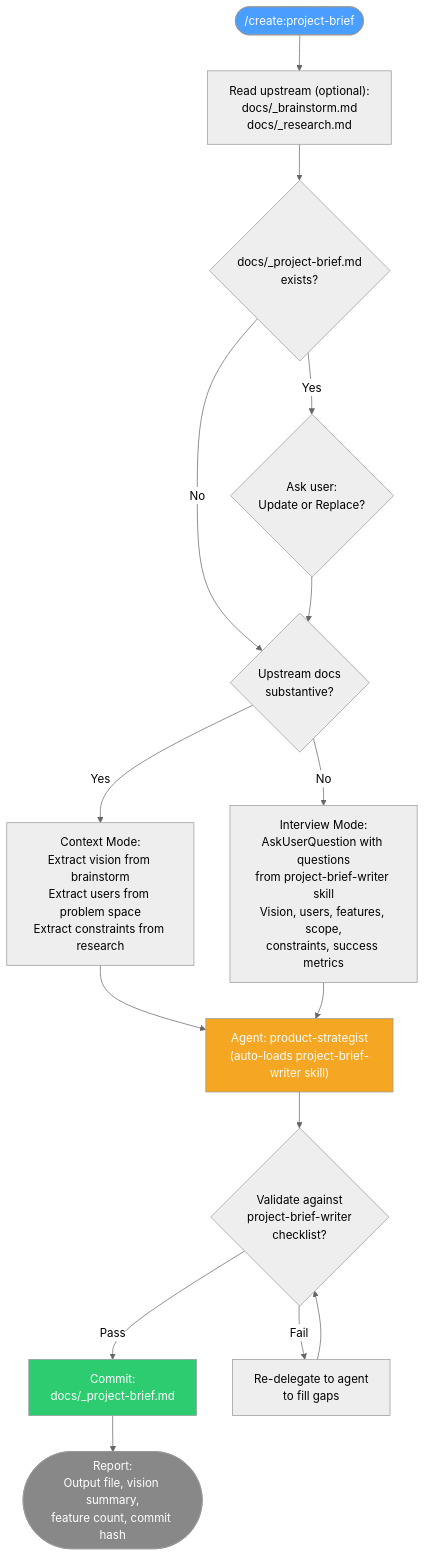
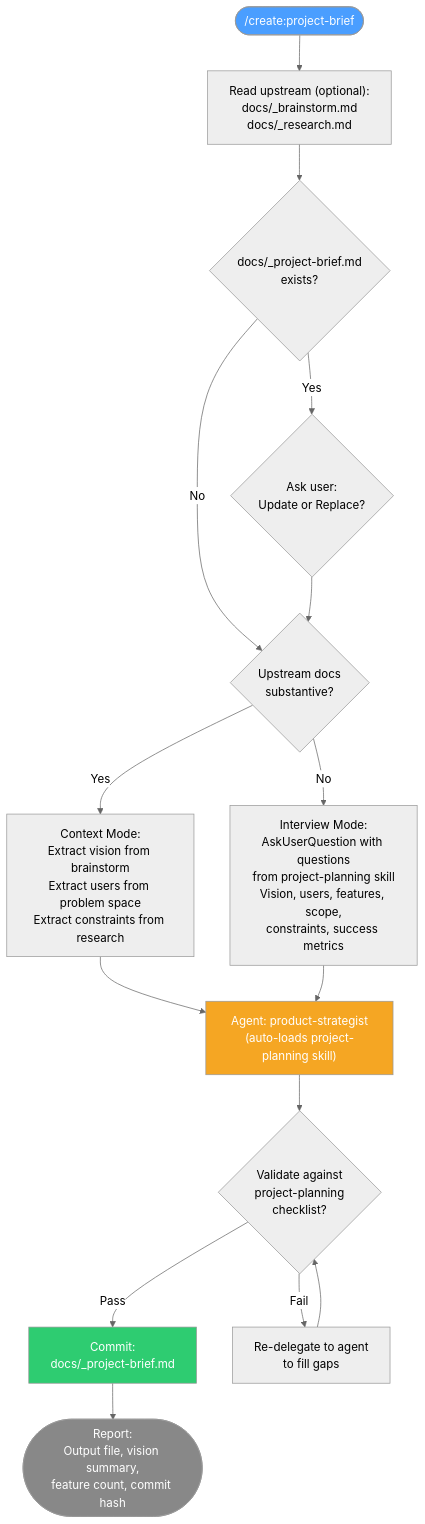
Before and after one commit to Domdhi/Agents.Domdhi: the fourth of 36 diagrams in docs/reference/commands.md, drawn with Mermaid (neutral theme). The commit also changed other lines of this file and 102 other files, not shown here.

````diff
--- a/docs/reference/commands.md
+++ b/docs/reference/commands.md
@@ -190,28 +190,28 @@
 ```mermaid
 flowchart TD
     START(["/create:project-brief"]) --> READ_UP["Read upstream (optional):\ndocs/_brainstorm.md\ndocs/_research.md"]
 
     READ_UP --> EXIST{docs/_project-brief.md\nexists?}
     EXIST -->|Yes| ASK_EXIST{Ask user:\nUpdate or Replace?}
     EXIST -->|No| MODE
     ASK_EXIST --> MODE
 
     MODE{Upstream docs\nsubstantive?}
     MODE -->|Yes| CONTEXT_MODE["Context Mode:\nExtract vision from brainstorm\nExtract users from problem space\nExtract constraints from research"]
-    MODE -->|No| INTERVIEW_MODE["Interview Mode:\nAskUserQuestion with questions\nfrom project-brief-writer skill\nVision, users, features, scope,\nconstraints, success metrics"]
+    MODE -->|No| INTERVIEW_MODE["Interview Mode:\nAskUserQuestion with questions\nfrom project-planning skill\nVision, users, features, scope,\nconstraints, success metrics"]
 
-    CONTEXT_MODE --> DELEGATE["Agent: product-strategist\n(auto-loads project-brief-writer skill)"]
+    CONTEXT_MODE --> DELEGATE["Agent: product-strategist\n(auto-loads project-planning skill)"]
     INTERVIEW_MODE --> DELEGATE
 
-    DELEGATE --> VALIDATE{Validate against\nproject-brief-writer\nchecklist?}
+    DELEGATE --> VALIDATE{Validate against\nproject-planning\nchecklist?}
     VALIDATE -->|Pass| COMMIT["Commit:\ndocs/_project-brief.md"]
     VALIDATE -->|Fail| RE_DELEGATE[Re-delegate to agent\nto fill gaps]
     RE_DELEGATE --> VALIDATE
 
     COMMIT --> REPORT(["Report:\nOutput file, vision summary,\nfeature count, commit hash"])
 
     style START fill:#4a9eff,color:#fff
     style DELEGATE fill:#f5a623,color:#fff
     style COMMIT fill:#2ecc71,color:#fff
     style REPORT fill:#888,color:#fff
 ```
````
